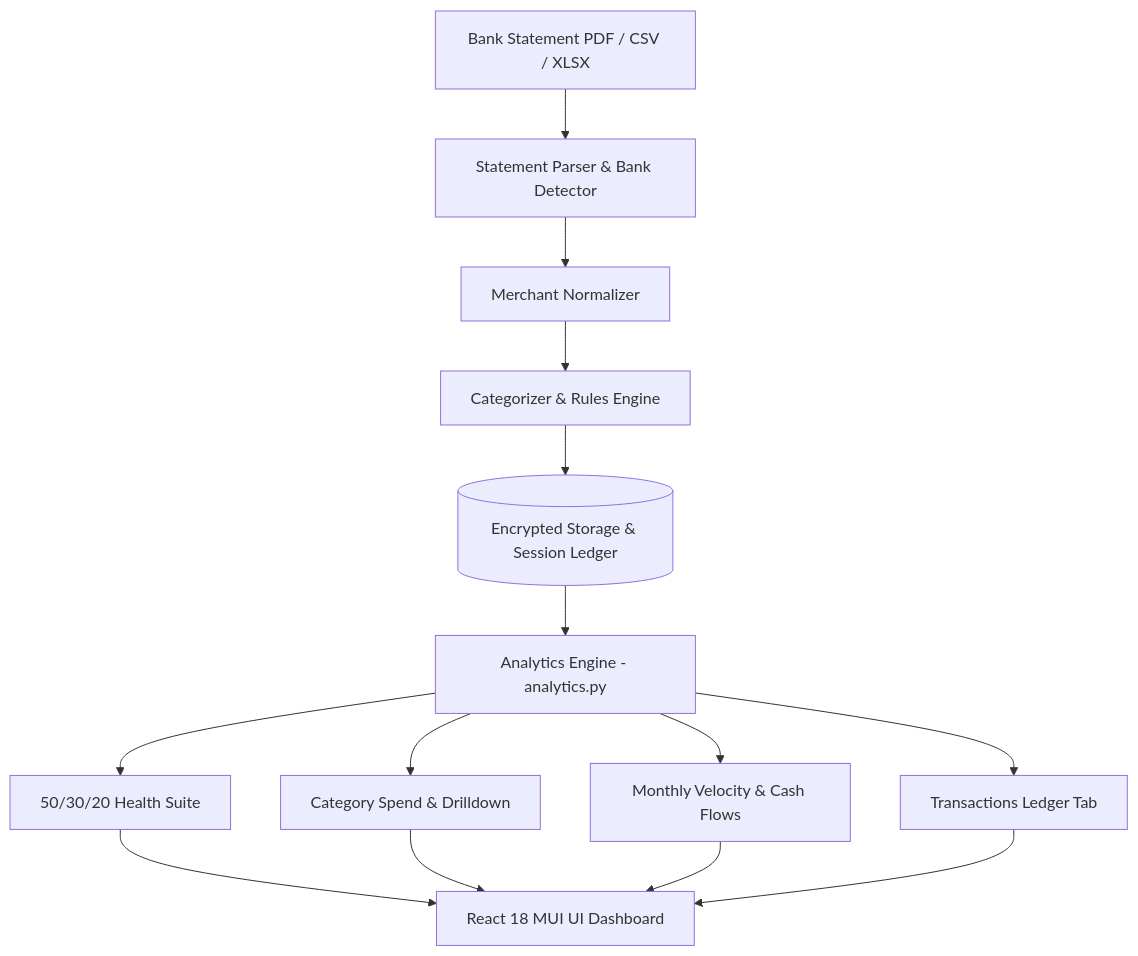
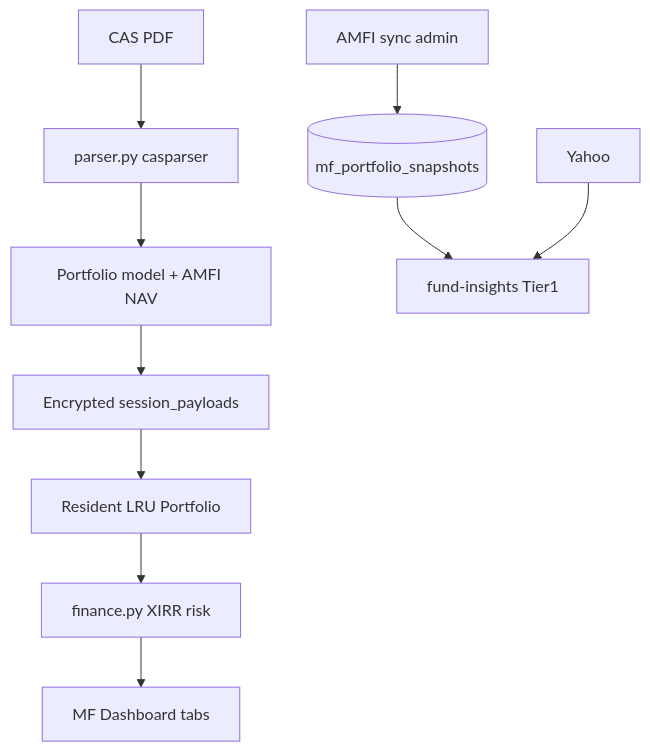
One commit to dasavik27/FinanceBuddy changed the fourth of 6 diagrams in ARCHITECTURE.md. Above: the diagram before and after it, drawn with Mermaid. The commit also changed other lines of this file and 9 other files, not shown here.

````diff
--- a/ARCHITECTURE.md
+++ b/ARCHITECTURE.md
@@ -150,16 +298,12 @@
 ```mermaid
-graph TD
-    A[Bank Statement PDF / CSV / XLSX] --> B[Statement Parser & Bank Detector]
-    B --> C[Merchant Normalizer]
-    C --> D[Categorizer & Rules Engine]
-    D --> E[(Encrypted Storage & Session Ledger)]
-    E --> F[Analytics Engine - analytics.py]
-    F --> G[50/30/20 Health Suite]
-    F --> H[Category Spend & Drilldown]
-    F --> I[Monthly Velocity & Cash Flows]
-    F --> J[Transactions Ledger Tab]
-    G --> K[React 18 MUI UI Dashboard]
-    H --> K
-    I --> K
-    J --> K
+flowchart TD
+  A[CAS PDF] --> B[parser.py casparser]
+  B --> C[Portfolio model + AMFI NAV]
+  C --> D[Encrypted session_payloads]
+  D --> E[Resident LRU Portfolio]
+  E --> F[finance.py XIRR risk]
+  F --> G[MF Dashboard tabs]
+  H[AMFI sync admin] --> I[(mf_portfolio_snapshots)]
+  I --> J[fund-insights Tier1]
+  K[Yahoo] --> J
 ```
````
